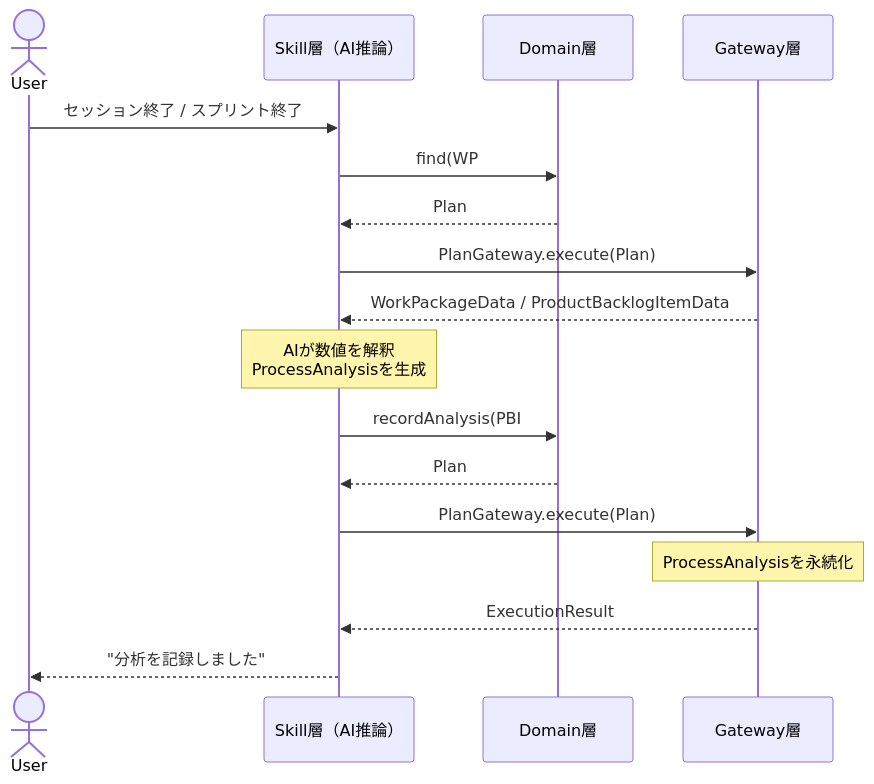
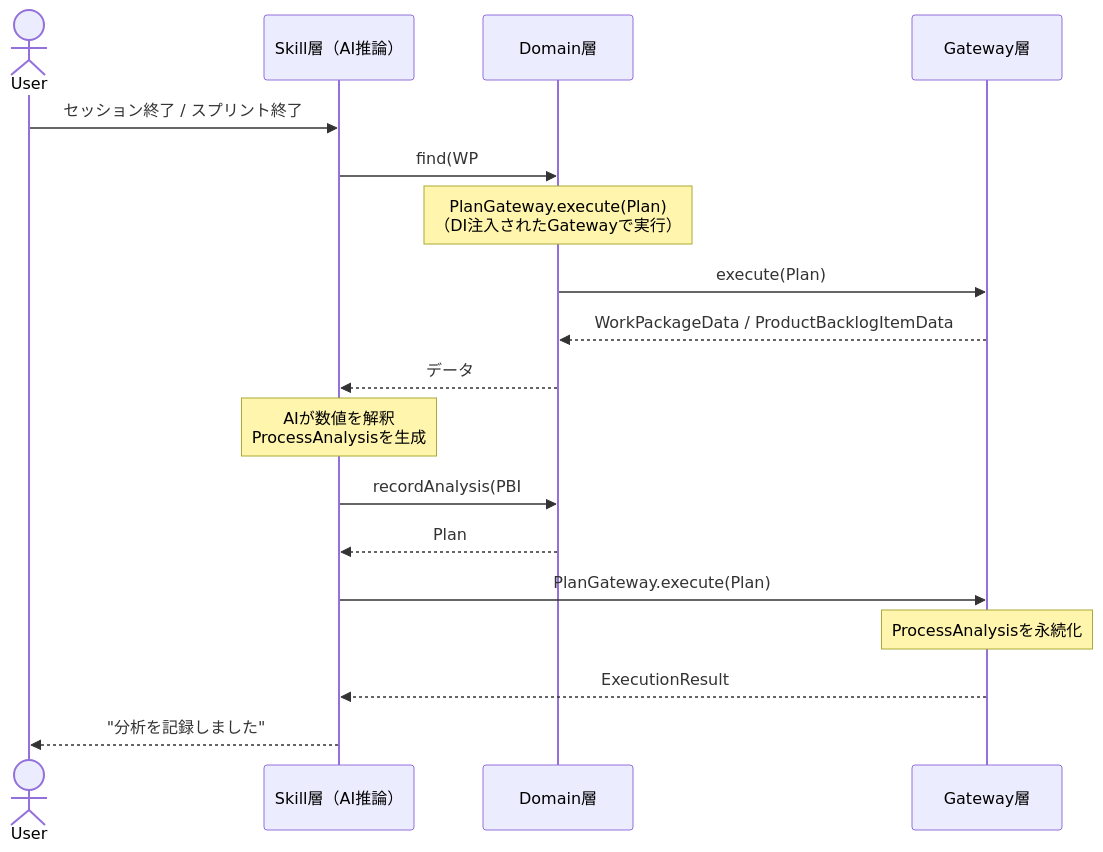
One commit to future-trajectory-official/global-harness-manager changed the fifth of 11 diagrams in guides/architecture-design.md. Above: the diagram before and after it, drawn with Mermaid. The commit also changed other lines of this file, not shown here.

Commit message:
docs(guides): §4.1データフローをDIP原則に修正
Skill層がGateway層を直接呼び出すのではなく、Domain層が注入された
Gateway実装を経由してPlanを実行する制御フローに修正。§2.3の
「Skill層はGateway層を直接呼び出してはならない」と整合。

````diff
--- a/guides/architecture-design.md
+++ b/guides/architecture-design.md
@@ -1090,22 +1092,23 @@
 ```mermaid
 sequenceDiagram
     actor User
     participant Skill as Skill層（AI推論）
     participant Domain as Domain層
     participant Gateway as Gateway層
 
     User->>Skill: セッション終了 / スプリント終了
     Skill->>Domain: find(WP#5)
-    Domain-->>Skill: Plan
-    Skill->>Gateway: PlanGateway.execute(Plan)
-    Gateway-->>Skill: WorkPackageData / ProductBacklogItemData
+    Note over Domain: PlanGateway.execute(Plan)<br/>（DI注入されたGatewayで実行）
+    Domain->>Gateway: execute(Plan)
+    Gateway-->>Domain: WorkPackageData / ProductBacklogItemData
+    Domain-->>Skill: データ
 
     Note over Skill: AIが数値を解釈<br/>ProcessAnalysisを生成
 
     Skill->>Domain: recordAnalysis(PBI#3, ProcessAnalysis)
     Domain-->>Skill: Plan
     Skill->>Gateway: PlanGateway.execute(Plan)
     Note over Gateway: ProcessAnalysisを永続化
     Gateway-->>Skill: ExecutionResult
     Skill-->>User: "分析を記録しました"
 ```
````
